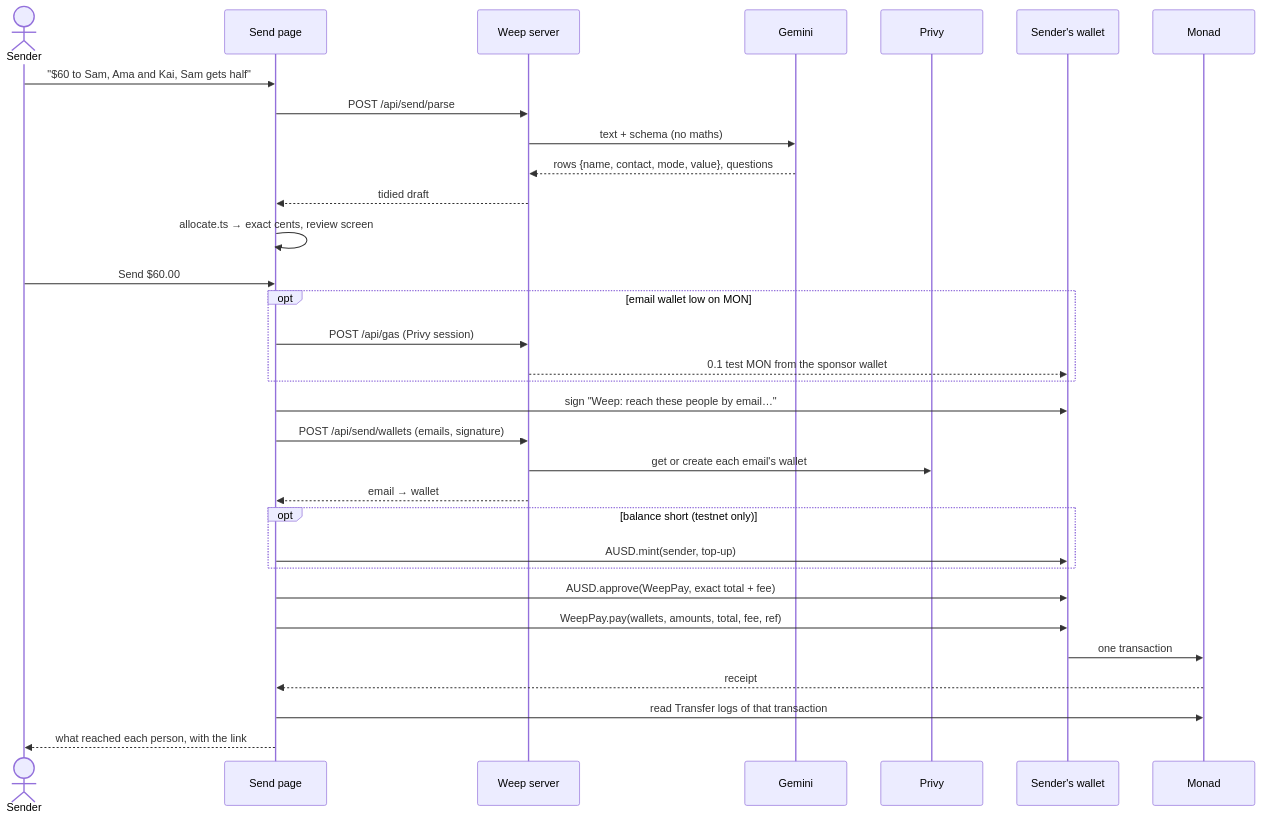
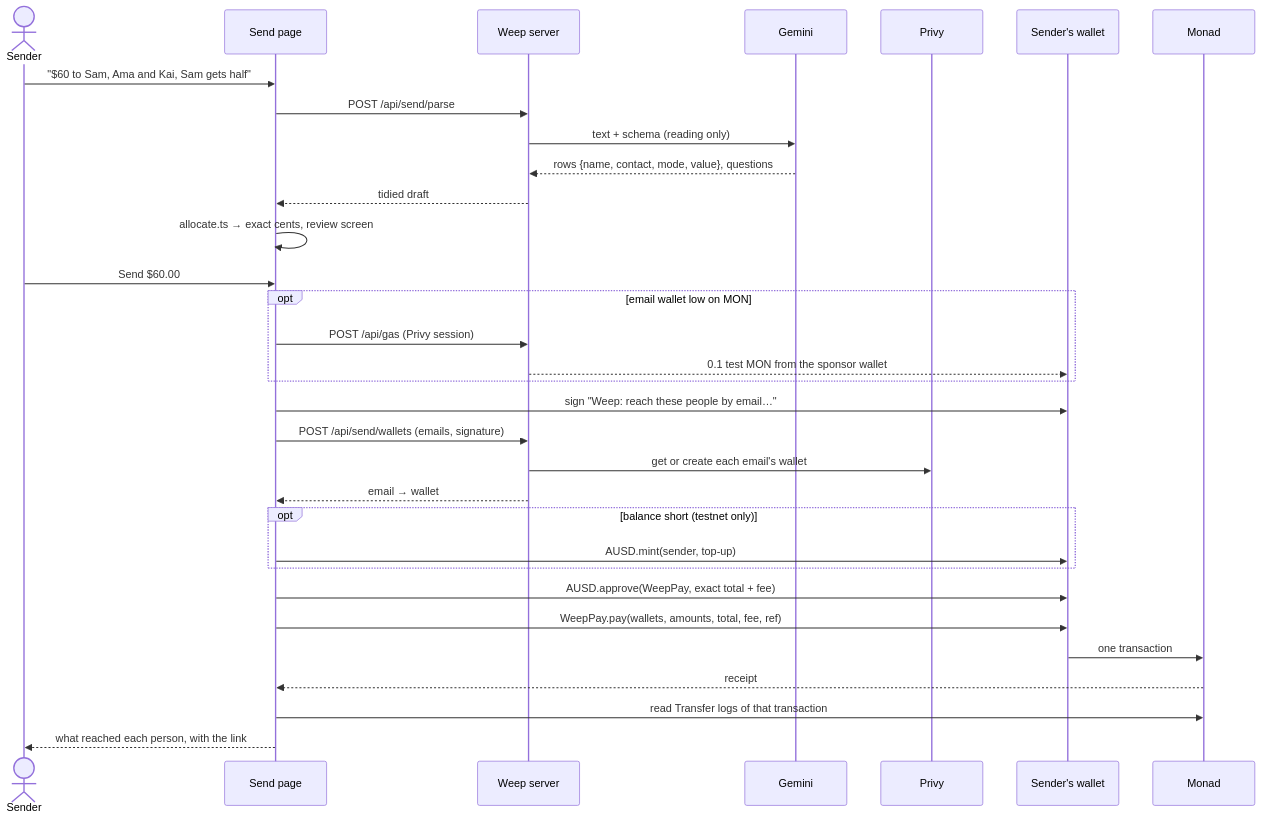
The second of 2 diagrams in docs/architecture.md (Joseph-hackathon/Weep-Protocol), drawn with Mermaid before and after one commit. The commit also changed other lines of this file and 8 other files, not shown here.

````diff
--- a/docs/architecture.md
+++ b/docs/architecture.md
@@ -71,34 +71,34 @@
 ```mermaid
 sequenceDiagram
   actor S as Sender
   participant UI as Send page
   participant API as Weep server
   participant G as Gemini
   participant P as Privy
   participant W as Sender's wallet
   participant M as Monad
   S->>UI: "$60 to Sam, Ama and Kai, Sam gets half"
   UI->>API: POST /api/send/parse
-  API->>G: text + schema (no maths)
+  API->>G: text + schema (reading only)
   G-->>API: rows {name, contact, mode, value}, questions
   API-->>UI: tidied draft
   UI->>UI: allocate.ts → exact cents, review screen
   S->>UI: Send $60.00
   opt email wallet low on MON
     UI->>API: POST /api/gas (Privy session)
     API-->>W: 0.1 test MON from the sponsor wallet
   end
   UI->>W: sign "Weep: reach these people by email…"
   UI->>API: POST /api/send/wallets (emails, signature)
   API->>P: get or create each email's wallet
   API-->>UI: email → wallet
   opt balance short (testnet only)
     UI->>W: AUSD.mint(sender, top-up)
   end
   UI->>W: AUSD.approve(WeepPay, exact total + fee)
   UI->>W: WeepPay.pay(wallets, amounts, total, fee, ref)
   W->>M: one transaction
   M-->>UI: receipt
   UI->>M: read Transfer logs of that transaction
   UI-->>S: what reached each person, with the link
 ```
````
